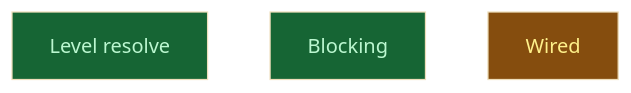
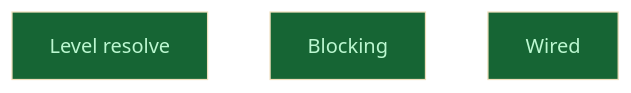
The diagram in __roadmap__/m6a-paired-stats/resolve/README.md (CrackingShells/Candler), drawn with Mermaid (base theme) before and after one commit. The commit also changed other lines of this file and 3 other files, not shown here.

````diff
--- a/__roadmap__/m6a-paired-stats/resolve/README.md
+++ b/__roadmap__/m6a-paired-stats/resolve/README.md
@@ -20,11 +20,11 @@
 ```mermaid
 graph TD
     level_resolve[Level resolve]:::done
     blocking[Blocking]:::done
-    wired[Wired]:::inprogress
+    wired[Wired]:::done
     classDef done       fill:#166534,color:#bbf7d0
     classDef inprogress fill:#854d0e,color:#fef08a
     classDef planned    fill:#374151,color:#e5e7eb
     classDef amendment  fill:#1e3a5f,color:#bfdbfe
     classDef blocked    fill:#7f1d1d,color:#fecaca
 ```
````
